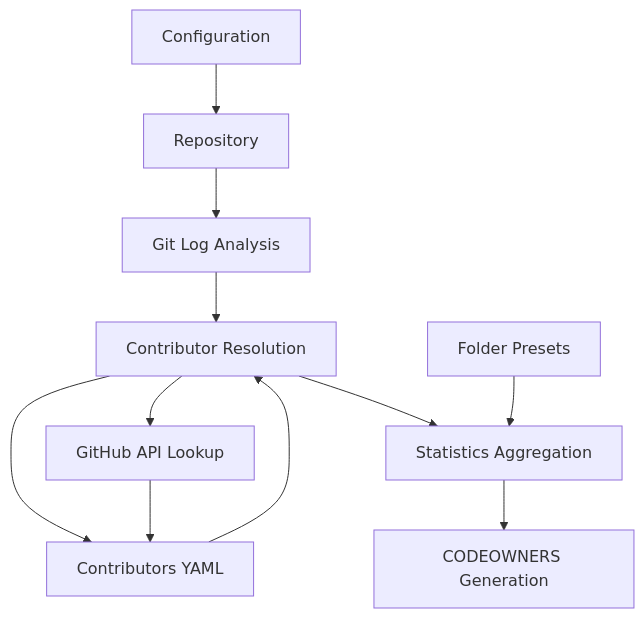
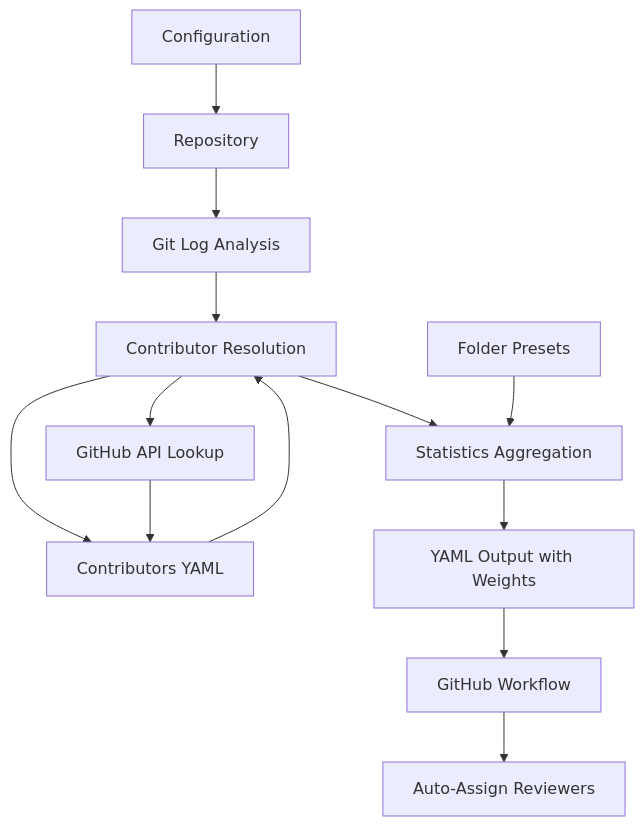
Before and after one commit to sonic-net/sonic-pipelines: the diagram in scripts/code-owners/HLD-WORKFLOW.md, drawn with Mermaid. The commit also changed other lines of this file and 7 other files, not shown here.

First line of the commit message:
Added contributor weights to the output (#121)

````diff
--- a/scripts/code-owners/HLD-WORKFLOW.md
+++ b/scripts/code-owners/HLD-WORKFLOW.md
@@ -32,14 +113,16 @@
 ```mermaid
 graph TD
     A[Repository] --> B[Git Log Analysis]
     B --> C[Contributor Resolution]
     C --> D[GitHub API Lookup]
     C --> H[Contributors YAML]
     C --> E[Statistics Aggregation]
-    E --> F[CODEOWNERS Generation]
+    E --> F[YAML Output with Weights]
+    F --> J[GitHub Workflow]
     
     G[Folder Presets] --> E
     I[Configuration] --> A
     H[Contributors YAML] --> C
     D[GitHub API Lookup] --> H
+    J --> K[Auto-Assign Reviewers]
 ```
````
